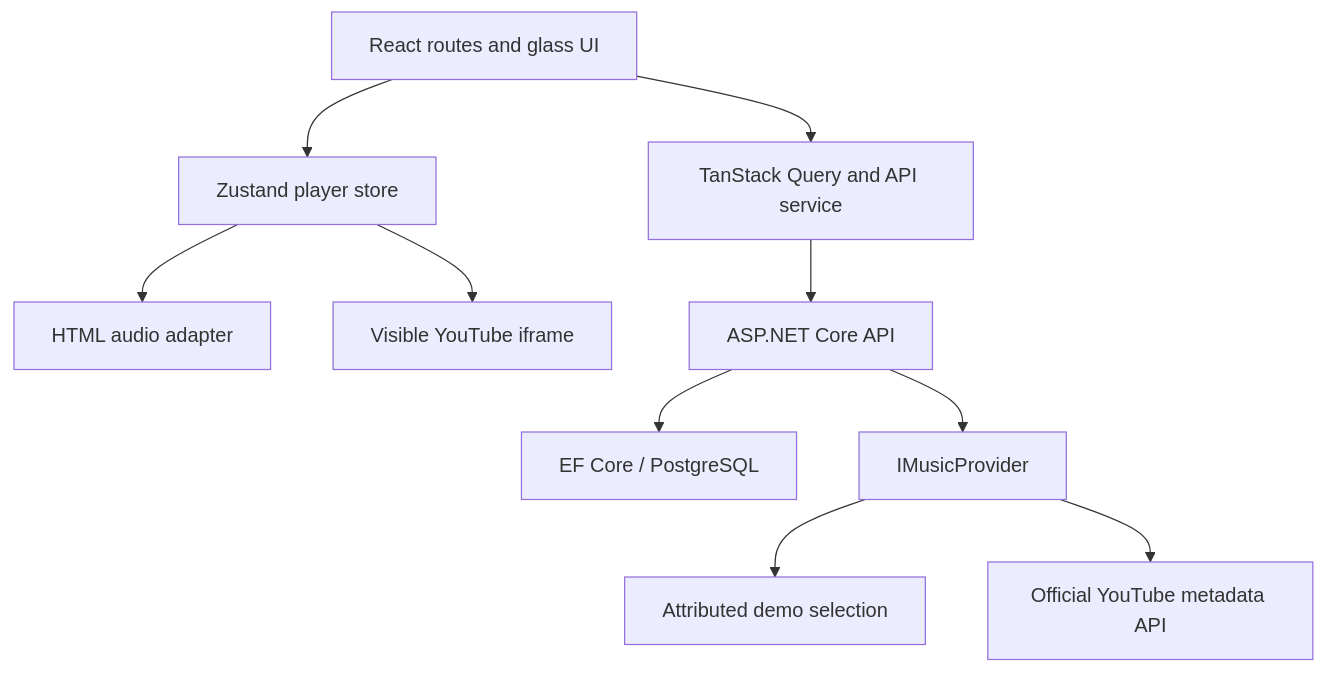
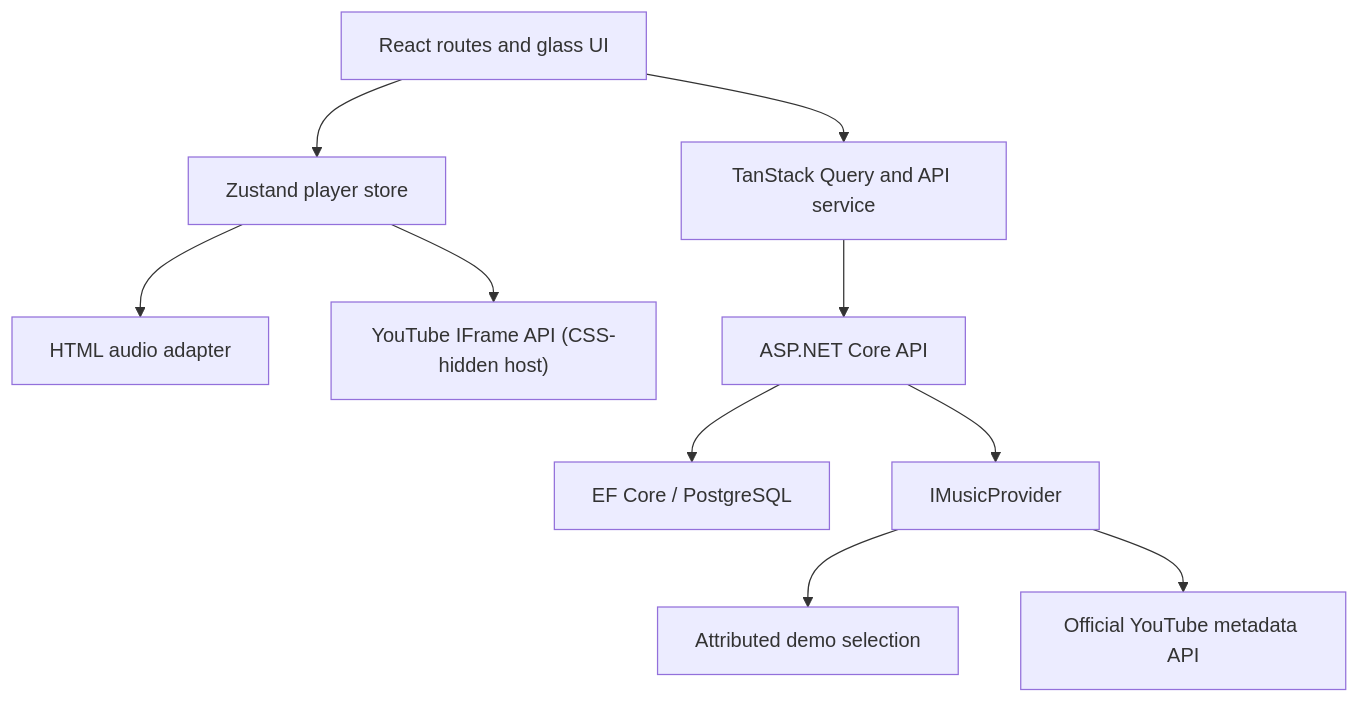
The diagram in ARCHITECTURE.md (energusss/auralis), drawn with Mermaid before and after one commit. The commit also changed other lines of this file and 16 other files, not shown here.

````diff
--- a/ARCHITECTURE.md
+++ b/ARCHITECTURE.md
@@ -7,12 +7,12 @@
 ```mermaid
 flowchart TD
   UI["React routes and glass UI"] --> QUERY["TanStack Query and API service"]
   UI --> STORE["Zustand player store"]
   STORE --> AUDIO["HTML audio adapter"]
-  STORE --> YT["Visible YouTube iframe"]
+  STORE --> YT["YouTube IFrame API (CSS-hidden host)"]
   QUERY --> API["ASP.NET Core API"]
   API --> DB["EF Core / PostgreSQL"]
   API --> PROVIDER["IMusicProvider"]
   PROVIDER --> DEMO["Attributed demo selection"]
   PROVIDER --> DATA["Official YouTube metadata API"]
 ```
````
